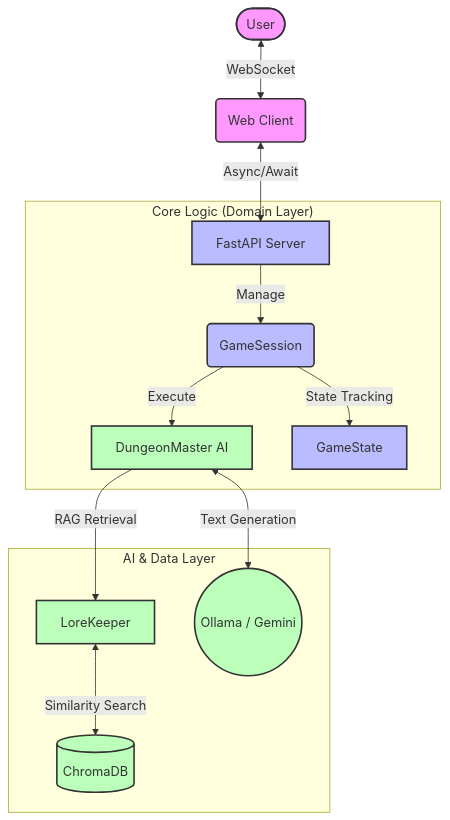
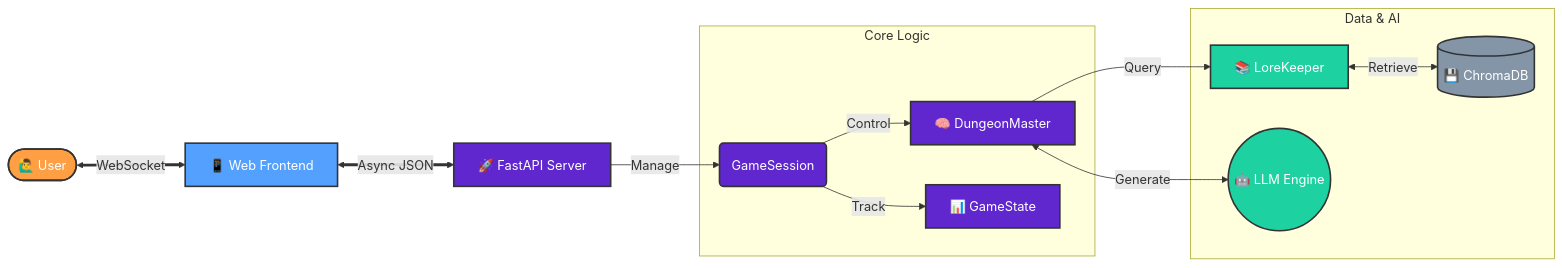
Before and after one commit to yonghwan-ko02/Project: the diagram in README.md, drawn with Mermaid.

Commit message:
docs: Enhance Mermaid diagram with better visibility and style

````diff
--- a/README.md
+++ b/README.md
@@ -74,25 +74,45 @@
 ```mermaid
-graph TD
-    User([User]) <-->|WebSocket| Frontend(Web Client)
-    Frontend <-->|Async/Await| Backend[FastAPI Server]
+graph LR
+    %% Styles
+    classDef user fill:#FF9F43,stroke:#333,stroke-width:2px,color:white;
+    classDef frontend fill:#54a0ff,stroke:#333,stroke-width:2px,color:white;
+    classDef backend fill:#5f27cd,stroke:#333,stroke-width:2px,color:white;
+    classDef ai fill:#1dd1a1,stroke:#333,stroke-width:2px,color:white;
+    classDef storage fill:#8395a7,stroke:#333,stroke-width:2px,color:white;
+
+    %% Nodes
+    Player([🙋‍♂️ User])
+    WebUI[📱 Web Frontend]
+    Server[🚀 FastAPI Server]
     
-    subgraph "Core Logic (Domain Layer)"
-        Backend -->|Manage| Session(GameSession)
-        Session -->|Execute| DM[DungeonMaster AI]
-        Session -->|State Tracking| State[GameState]
+    subgraph "Core Logic"
+        Session(GameSession)
+        DM[🧠 DungeonMaster]
+        State[📊 GameState]
     end
     
-    subgraph "AI & Data Layer"
-        DM -->|RAG Retrieval| LK[LoreKeeper]
-        LK <-->|Similarity Search| VectorDB[(ChromaDB)]
-        DM <-->|Text Generation| LLM((Ollama / Gemini))
+    subgraph "Data & AI"
+        LK[📚 LoreKeeper]
+        VectorDB[(💾 ChromaDB)]
+        LLM((🤖 LLM Engine))
     end
+
+    %% Connections
+    Player <==>|WebSocket| WebUI
+    WebUI <==>|Async JSON| Server
     
-    classDef client fill:#f9f,stroke:#333,stroke-width:2px;
-    classDef server fill:#bbf,stroke:#333,stroke-width:2px;
-    classDef ai fill:#bfb,stroke:#333,stroke-width:2px;
+    Server -->|Manage| Session
+    Session -->|Control| DM
+    Session -->|Track| State
     
-    class User,Frontend client;
-    class Backend,Session,State server;
-    class DM,LK,VectorDB,LLM ai;
+    DM <-->|Generate| LLM
+    DM -->|Query| LK
+    LK <-->|Retrieve| VectorDB
+    
+    %% Apply Styles
+    class Player user;
+    class WebUI frontend;
+    class Server,Session,DM,State backend;
+    class LLM,LK ai;
+    class VectorDB storage;
 ```
````
